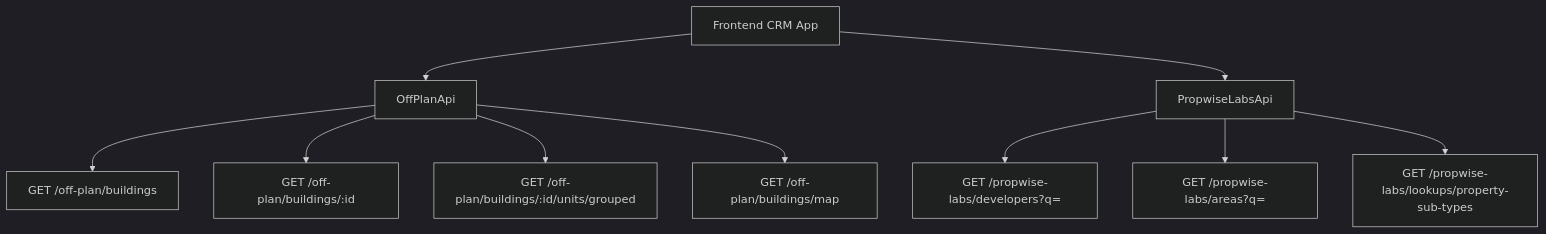
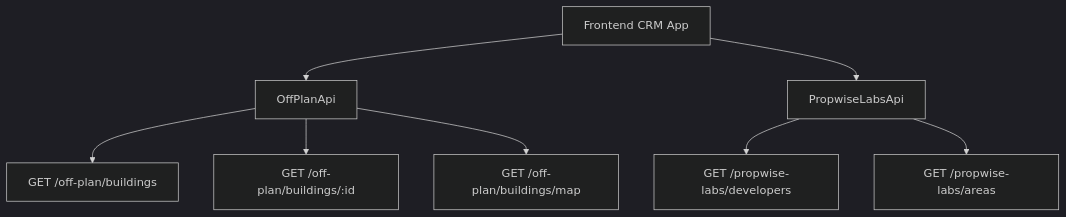
Before and after one commit to tech-propwise-org/docs: the diagram in backend/real-estate/off-plan-directory-implementation.mdx, drawn with Mermaid (dark theme). The commit also changed other lines of this file and 83 other files, not shown here.

````diff
--- a/backend/real-estate/off-plan-directory-implementation.mdx
+++ b/backend/real-estate/off-plan-directory-implementation.mdx
@@ -40,12 +30,10 @@
 ```mermaid
 graph TD
     A[Frontend CRM App] --> B[OffPlanApi]
     B --> C[GET /off-plan/buildings]
     B --> D[GET /off-plan/buildings/:id]
-    B --> E[GET /off-plan/buildings/:id/units/grouped]
-    B --> F[GET /off-plan/buildings/map]
-    A --> G[PropwiseLabsApi]
-    G --> H[GET /propwise-labs/developers?q=]
-    G --> I[GET /propwise-labs/areas?q=]
-    G --> J[GET /propwise-labs/lookups/property-sub-types]
+    B --> E[GET /off-plan/buildings/map]
+    A --> F[PropwiseLabsApi]
+    F --> G[GET /propwise-labs/developers]
+    F --> H[GET /propwise-labs/areas]
 ```
````
